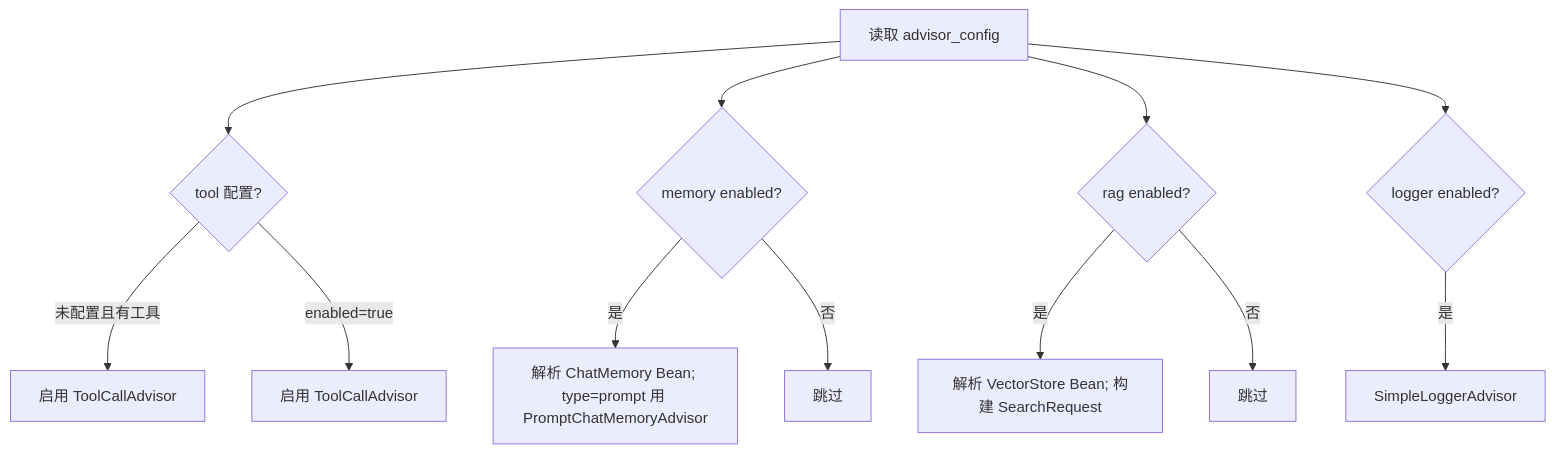
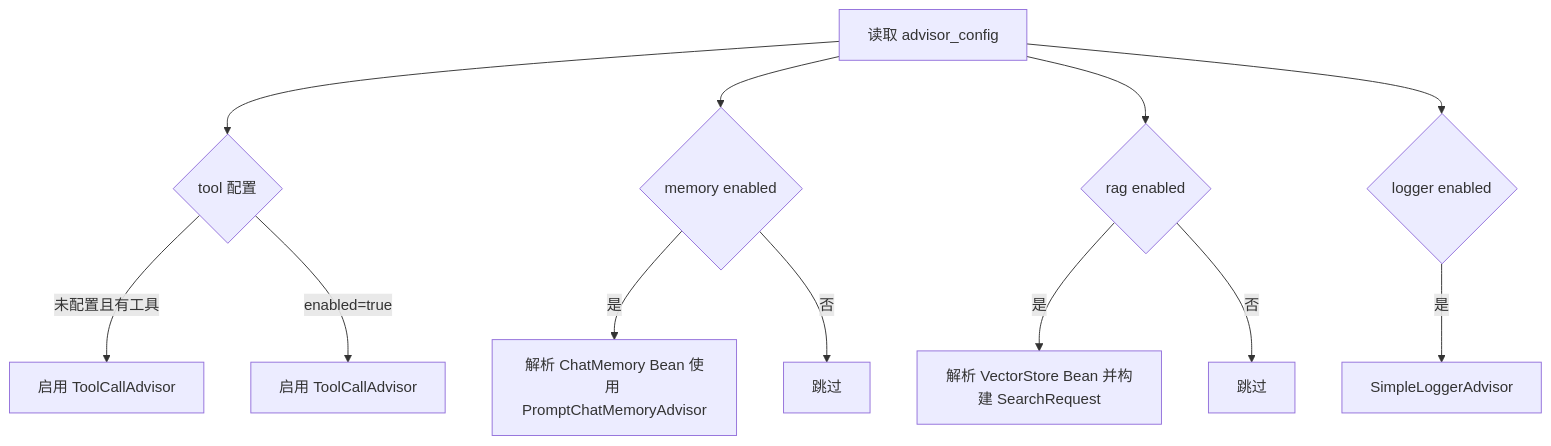
One commit to letmetocode/agent changed the second of 6 diagrams in README.md. Above: the diagram before and after it, drawn with Mermaid. The commit also changed other lines of this file and 17 other files, not shown here.

````diff
--- a/README.md
+++ b/README.md
@@ -71,14 +71,14 @@
 ```mermaid
 flowchart TD
-    A[读取 advisor_config] --> B{tool 配置?}
+    A[读取 advisor_config] --> B{tool 配置}
     B -- 未配置且有工具 --> B1[启用 ToolCallAdvisor]
     B -- enabled=true --> B2[启用 ToolCallAdvisor]
-    A --> C{memory enabled?}
-    C -- 是 --> C1[解析 ChatMemory Bean; type=prompt 用 PromptChatMemoryAdvisor]
+    A --> C{memory enabled}
+    C -- 是 --> C1[解析 ChatMemory Bean 使用 PromptChatMemoryAdvisor]
     C -- 否 --> C2[跳过]
-    A --> D{rag enabled?}
-    D -- 是 --> D1[解析 VectorStore Bean; 构建 SearchRequest]
+    A --> D{rag enabled}
+    D -- 是 --> D1[解析 VectorStore Bean 并构建 SearchRequest]
     D -- 否 --> D2[跳过]
-    A --> E{logger enabled?}
+    A --> E{logger enabled}
     E -- 是 --> E1[SimpleLoggerAdvisor]
 ```
````
